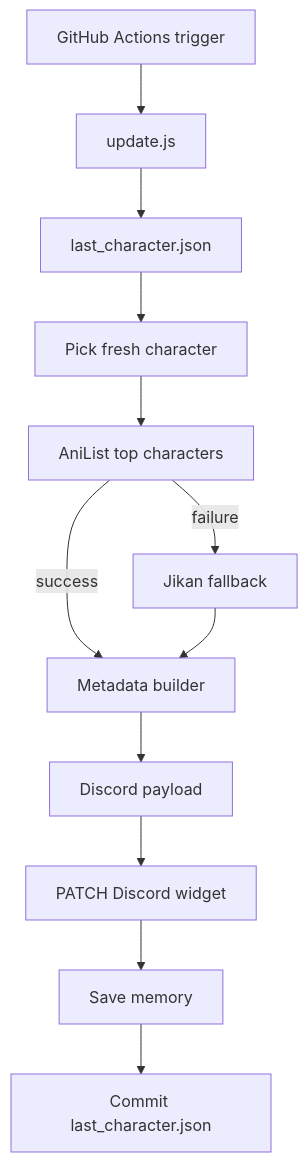
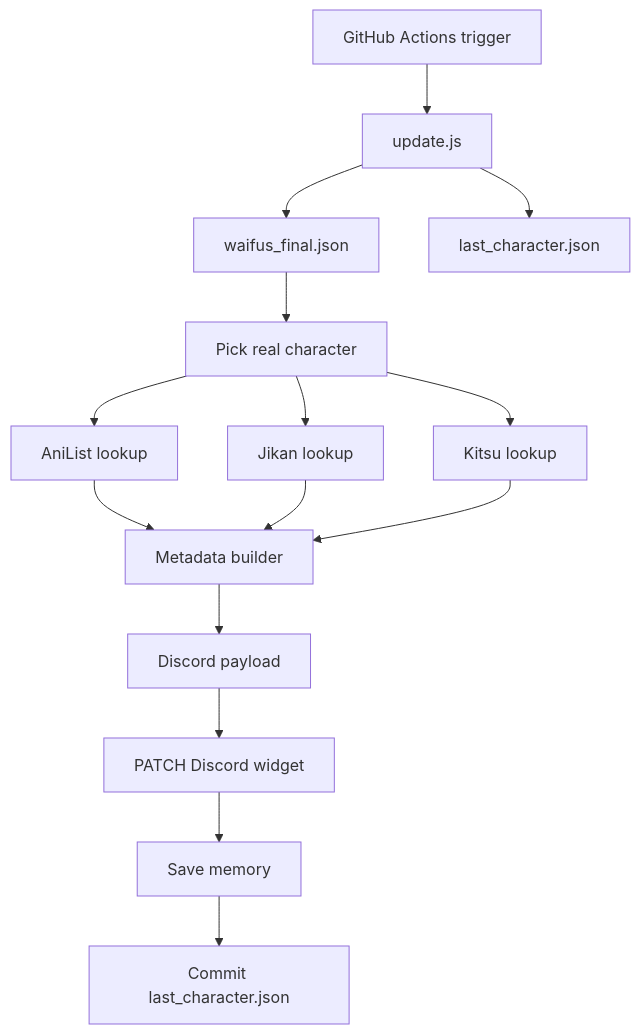
Before and after one commit to MeYashverma/discord-waifu-widget: the diagram in README.md, drawn with Mermaid. The commit also changed other lines of this file, not shown here.

First line of the commit message:
Revise README for character selection and API enhancements

````diff
--- a/README.md
+++ b/README.md
@@ -139,14 +142,17 @@
 ```mermaid
 flowchart TD
     GHA[GitHub Actions trigger] --> APP[update.js]
+    APP --> DB[waifus_final.json]
     APP --> MEM[last_character.json]
-    MEM --> PICK[Pick fresh character]
-    PICK --> ANI[AniList top characters]
-    ANI -->|success| META[Metadata builder]
-    ANI -->|failure| JIKAN[Jikan fallback]
+    DB --> PICK[Pick real character]
+    PICK --> ANI[AniList lookup]
+    PICK --> JIKAN[Jikan lookup]
+    PICK --> KITSU[Kitsu lookup]
+    ANI --> META[Metadata builder]
     JIKAN --> META
+    KITSU --> META
     META --> PAYLOAD[Discord payload]
     PAYLOAD --> DISCORD[PATCH Discord widget]
     DISCORD --> SAVE[Save memory]
     SAVE --> COMMIT[Commit last_character.json]
 ```
````
